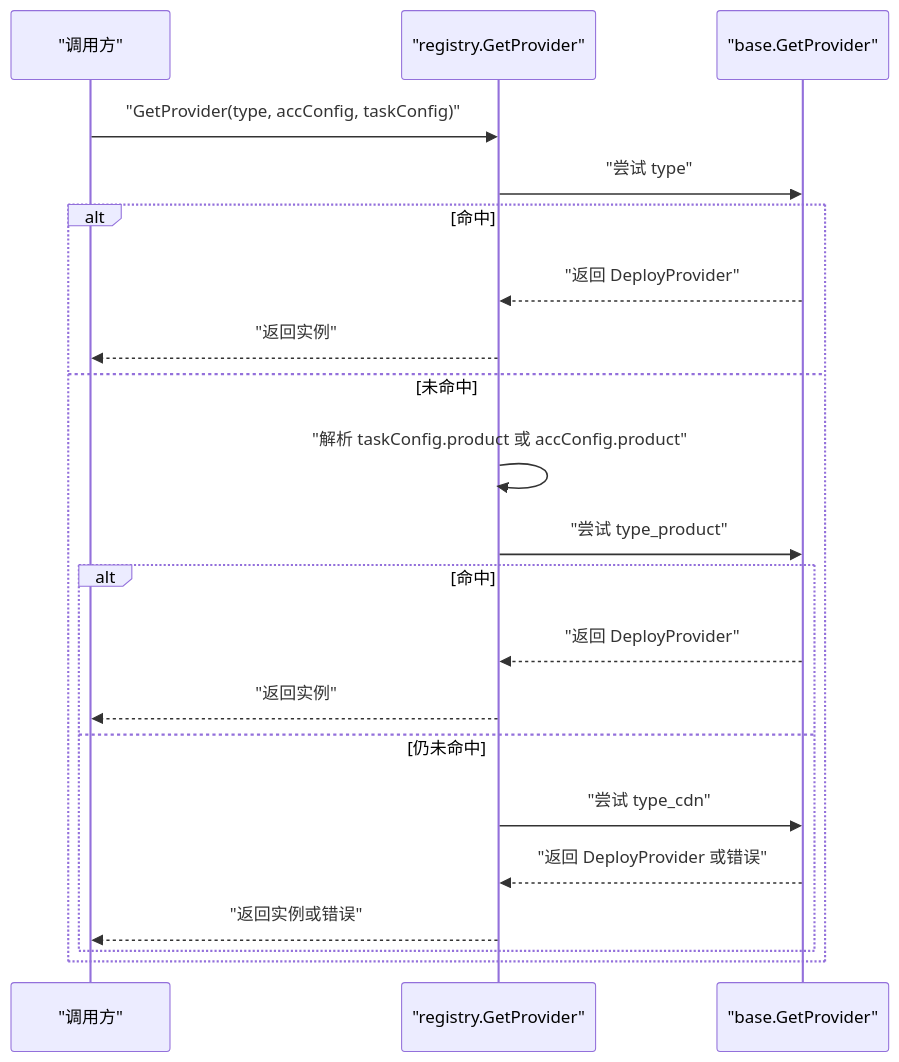
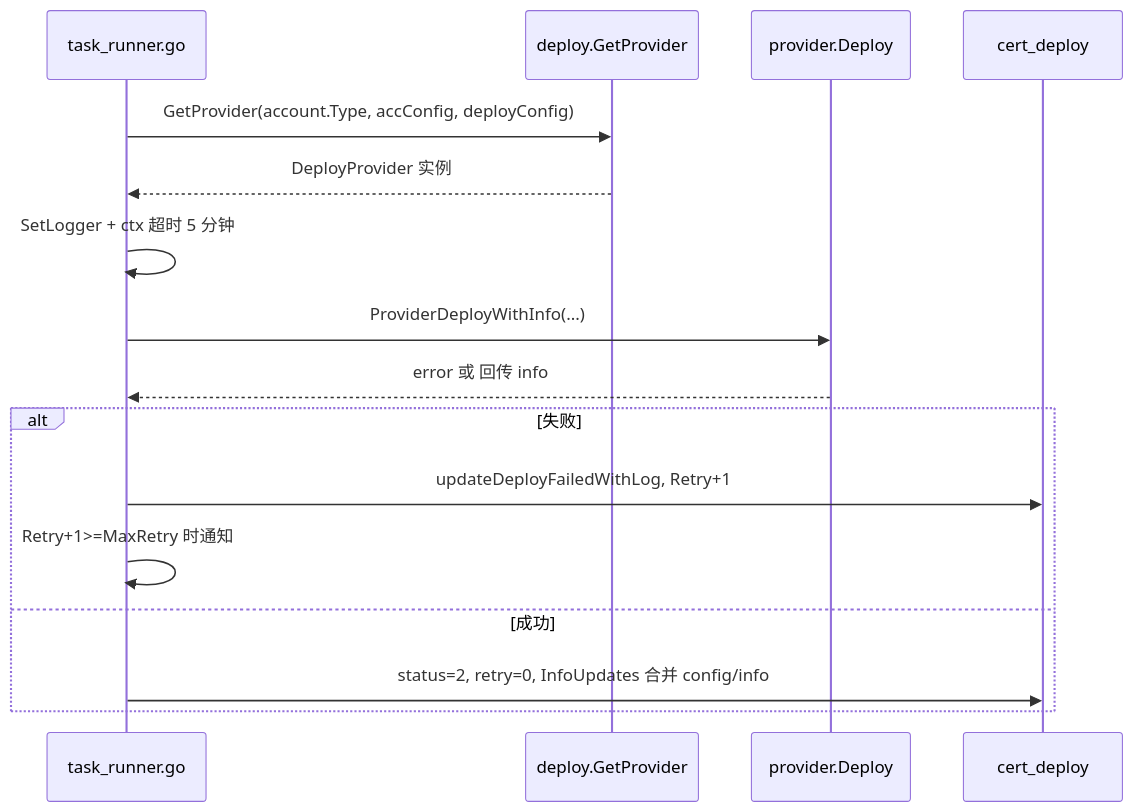
The fourth of 4 diagrams in docs/扩展开发/部署器扩展.md (x01n/dnsplane), drawn with Mermaid before and after one commit. The commit also changed other lines of this file and 326 other files, not shown here.

````diff
--- a/docs/扩展开发/部署器扩展.md
+++ b/docs/扩展开发/部署器扩展.md
@@ -191,23 +475,18 @@
 ```mermaid
 sequenceDiagram
-participant Caller as "调用方"
-participant Reg as "registry.GetProvider"
-participant Base as "base.GetProvider"
-Caller->>Reg : "GetProvider(type, accConfig, taskConfig)"
-Reg->>Base : "尝试 type"
-alt 命中
-Base-->>Reg : "返回 DeployProvider"
-Reg-->>Caller : "返回实例"
-else 未命中
-Reg->>Reg : "解析 taskConfig.product 或 accConfig.product"
-Reg->>Base : "尝试 type_product"
-alt 命中
-Base-->>Reg : "返回 DeployProvider"
-Reg-->>Caller : "返回实例"
-else 仍未命中
-Reg->>Base : "尝试 type_cdn"
-Base-->>Reg : "返回 DeployProvider 或错误"
-Reg-->>Caller : "返回实例或错误"
-end
+participant TR as task_runner.go
+participant RG as deploy.GetProvider
+participant PR as provider.Deploy
+participant DB as cert_deploy
+TR->>RG : GetProvider(account.Type, accConfig, deployConfig)
+RG-->>TR : DeployProvider 实例
+TR->>TR : SetLogger + ctx 超时 5 分钟
+TR->>PR : ProviderDeployWithInfo(...)
+PR-->>TR : error 或 回传 info
+alt 失败
+TR->>DB : updateDeployFailedWithLog, Retry+1
+TR->>TR : Retry+1>=MaxRetry 时通知
+else 成功
+TR->>DB : status=2, retry=0, InfoUpdates 合并 config/info
 end
 ```
````
